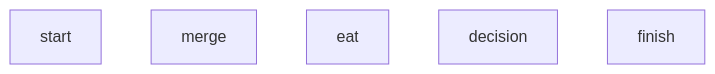
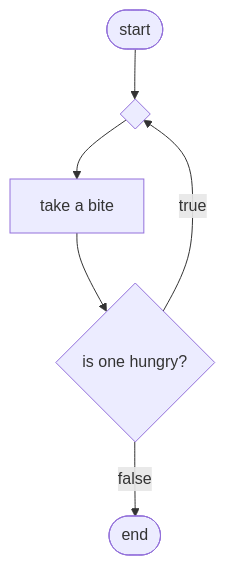
One commit to proftak/modules changed the diagram in 0016/index.md. Above: the diagram before and after it, drawn with Mermaid.

````diff
--- a/0016/index.md
+++ b/0016/index.md
@@ -74,8 +74,13 @@
 ```mermaid
 flowchart TD
-start@{shape:stadium,label:"start"}
-merge@{shape:diamond,label:" "}
-eat@{shape:process,label:"take a bite"}
-decision@{shape:diamond,label:"is one hungry?"}
-finish@{shape:stadium,label:"end"}
+start@{shape: stadium, label: "start"}
+merge@{shape: diamond, label: " "}
+eat@{shape: rect, label: "take a bite"}
+decision@{shape: diamond, label: "is one hungry?"}
+finish@{shape: stadium, label: "end"}
+start --> merge
+merge --> eat
+eat --> decision
+decision -->|true| merge
+decision -->|false| finish
 ```
````
